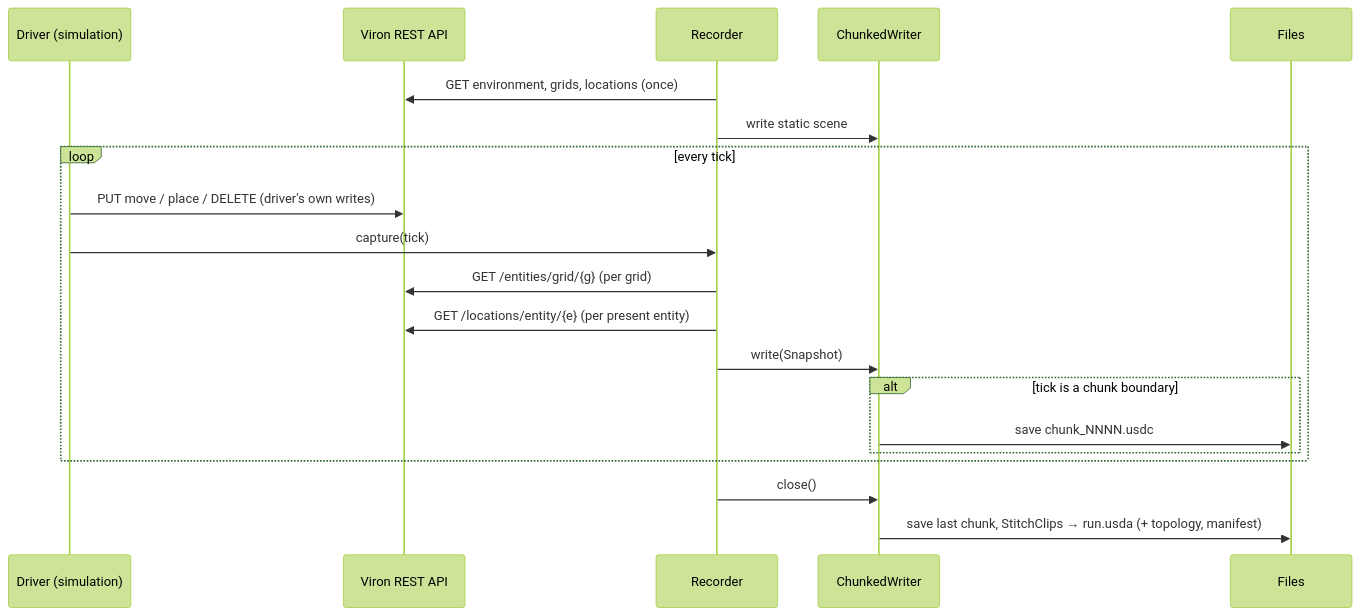
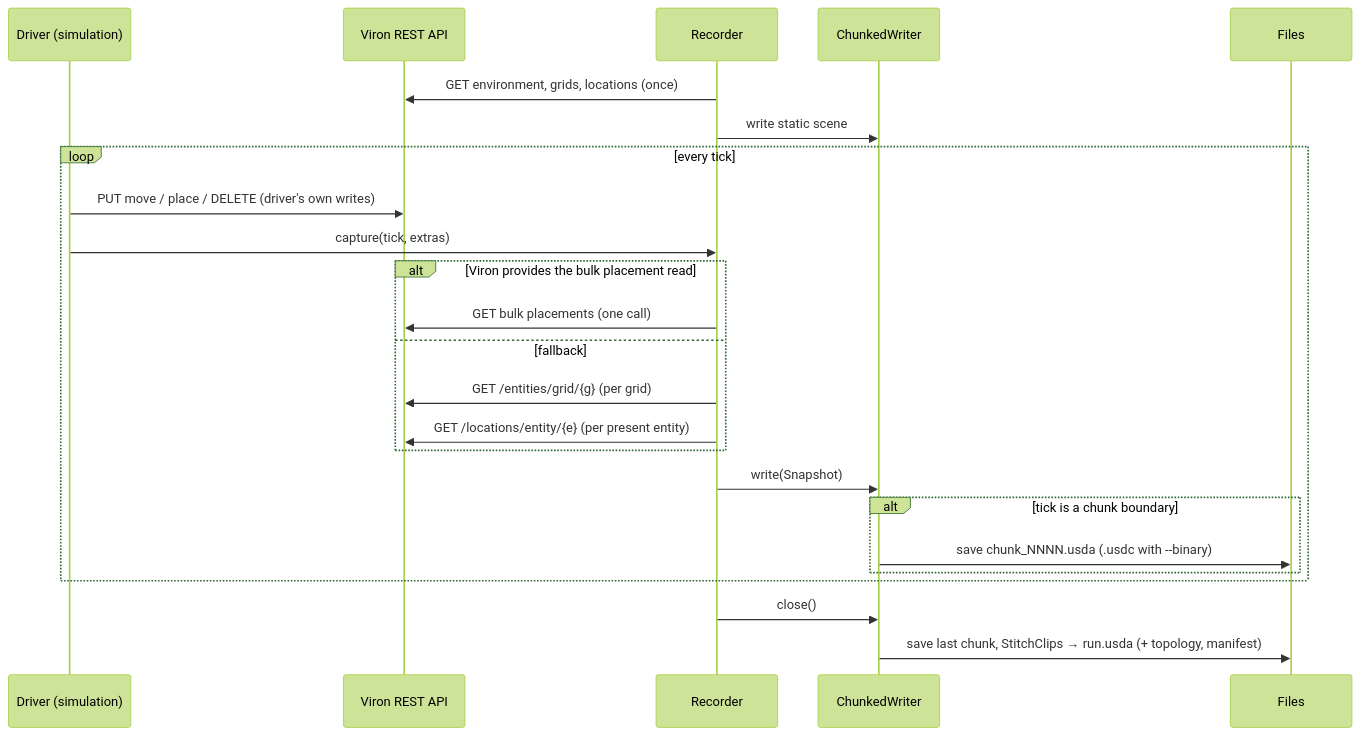
One commit to Preponderous-Software/viron-usd changed the diagram in ARCHITECTURE.md. Above: the diagram before and after it, drawn with Mermaid (forest theme). The commit also changed other lines of this file and 2 other files, not shown here.

````diff
--- a/ARCHITECTURE.md
+++ b/ARCHITECTURE.md
@@ -129,23 +133,27 @@
 ```mermaid
 sequenceDiagram
     participant D as Driver (simulation)
     participant V as Viron REST API
     participant R as Recorder
     participant W as ChunkedWriter
     participant F as Files
 
     R->>V: GET environment, grids, locations (once)
     R->>W: write static scene
     loop every tick
         D->>V: PUT move / place / DELETE (driver's own writes)
-        D->>R: capture(tick)
-        R->>V: GET /entities/grid/{g} (per grid)
-        R->>V: GET /locations/entity/{e} (per present entity)
+        D->>R: capture(tick, extras)
+        alt Viron provides the bulk placement read
+            R->>V: GET bulk placements (one call)
+        else fallback
+            R->>V: GET /entities/grid/{g} (per grid)
+            R->>V: GET /locations/entity/{e} (per present entity)
+        end
         R->>W: write(Snapshot)
         alt tick is a chunk boundary
-            W->>F: save chunk_NNNN.usdc
+            W->>F: save chunk_NNNN.usda (.usdc with --binary)
         end
     end
     R->>W: close()
     W->>F: save last chunk, StitchClips → run.usda (+ topology, manifest)
 ```
````
